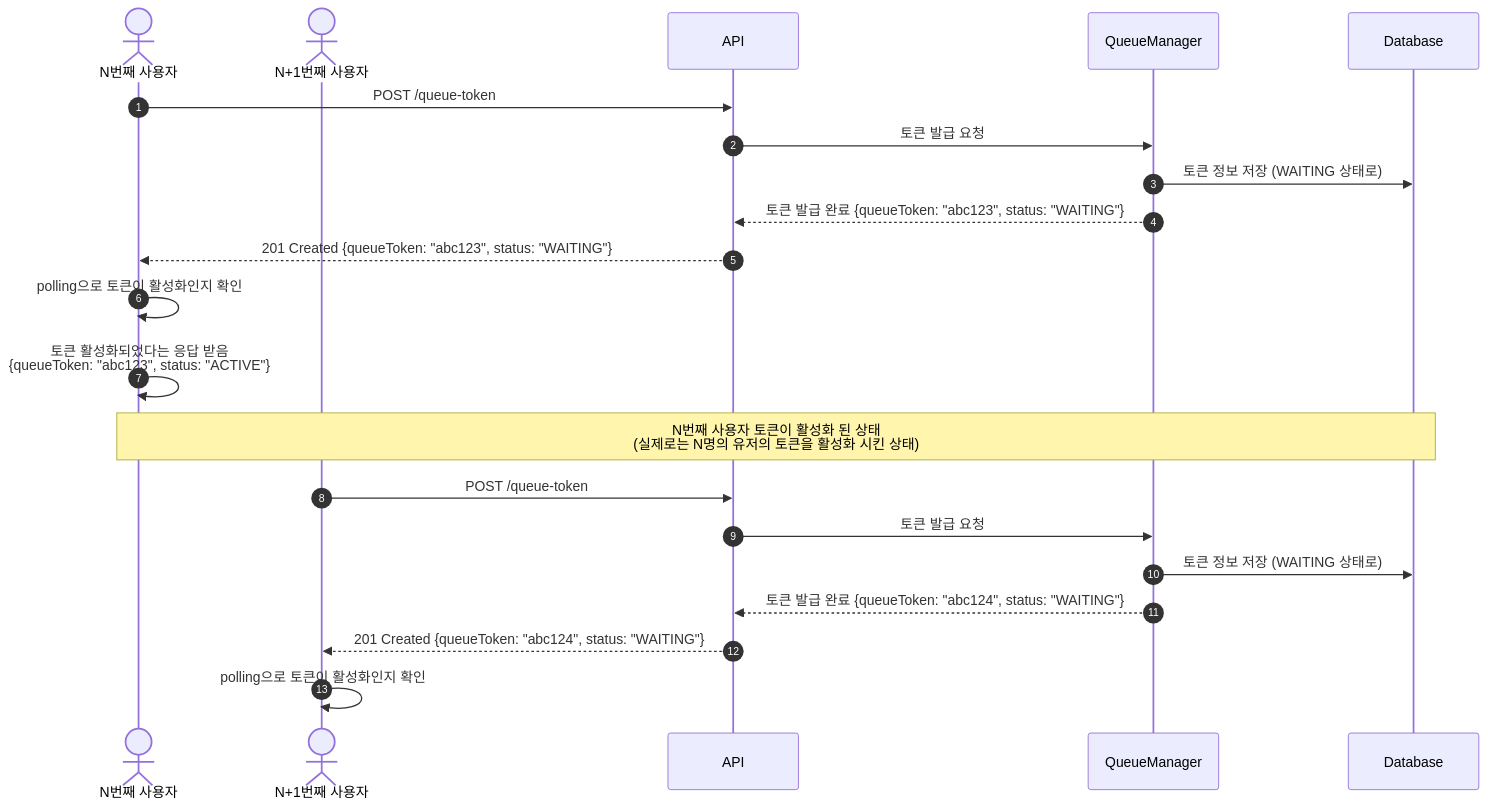
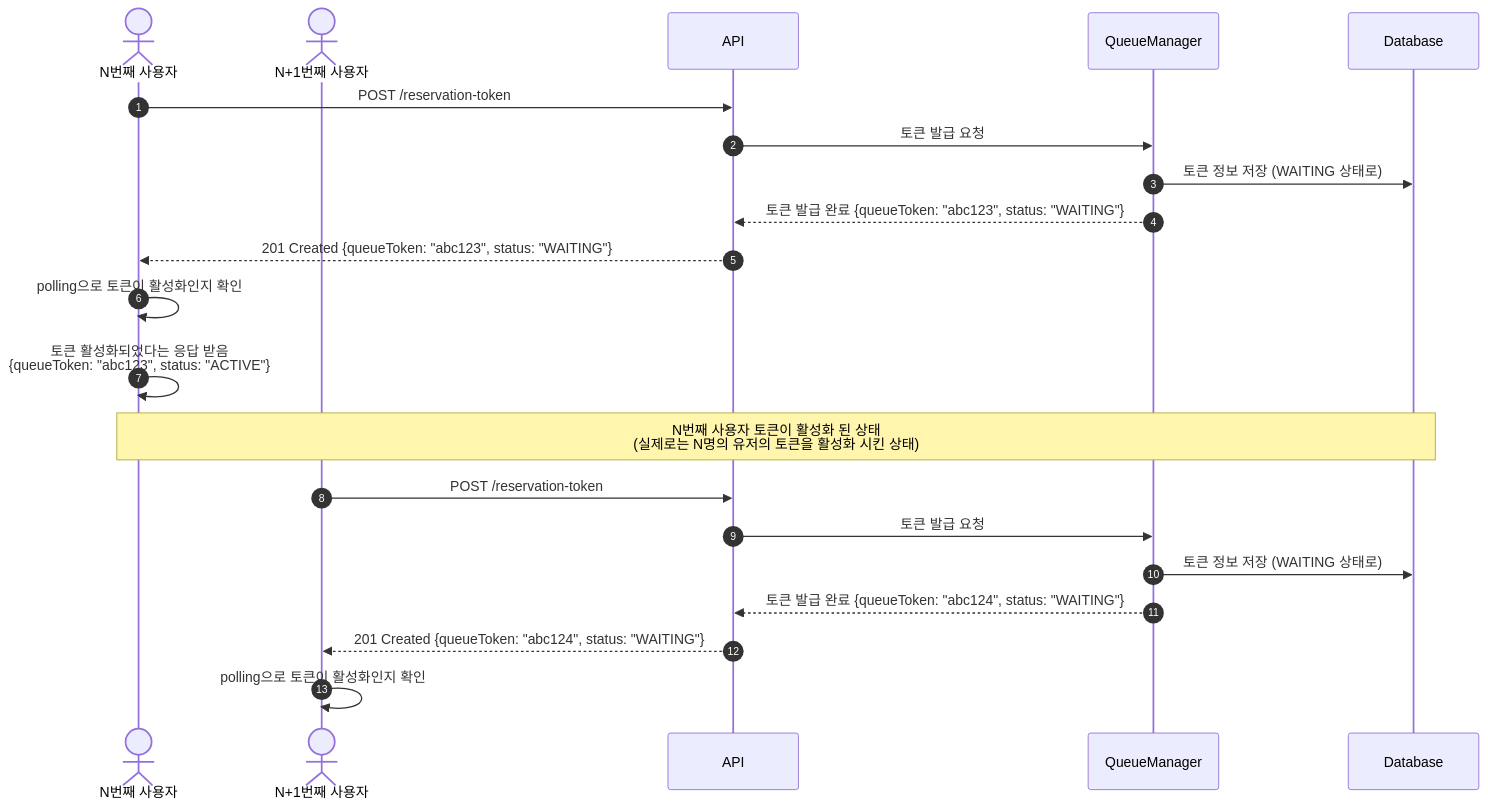
Before and after one commit to ydj515/concert-reservation-service: the third of 10 diagrams in docs/sequence-diagram/sequence.md, drawn with Mermaid. The commit also changed other lines of this file and 6 other files, not shown here.

````diff
--- a/docs/sequence-diagram/sequence.md
+++ b/docs/sequence-diagram/sequence.md
@@ -42,24 +42,24 @@
 ```mermaid
 sequenceDiagram
     autonumber
     actor User1 as N번째 사용자
     actor User2 as N+1번째 사용자
     participant API
     participant QueueManager
     participant Database
 
-    User1 ->> API: POST /queue-token
+    User1 ->> API: POST /reservation-token
     API ->> QueueManager: 토큰 발급 요청
     QueueManager ->> Database: 토큰 정보 저장 (WAITING 상태로)
     QueueManager -->> API: 토큰 발급 완료 {queueToken: "abc123", status: "WAITING"}
     API -->> User1: 201 Created {queueToken: "abc123", status: "WAITING"}
     User1 ->> User1: polling으로 토큰이 활성화인지 확인
     User1 ->> User1: 토큰 활성화되었다는 응답 받음 <br/> {queueToken: "abc123", status: "ACTIVE"}
     Note over User1,Database: N번째 사용자 토큰이 활성화 된 상태 <br/> (실제로는 N명의 유저의 토큰을 활성화 시킨 상태)
-    User2 ->> API: POST /queue-token
+    User2 ->> API: POST /reservation-token
     API ->> QueueManager: 토큰 발급 요청
     QueueManager ->> Database: 토큰 정보 저장 (WAITING 상태로)
     QueueManager -->> API: 토큰 발급 완료 {queueToken: "abc124", status: "WAITING"}
     API -->> User2: 201 Created {queueToken: "abc124", status: "WAITING"}
     User2 ->> User2: polling으로 토큰이 활성화인지 확인
 ```
````
